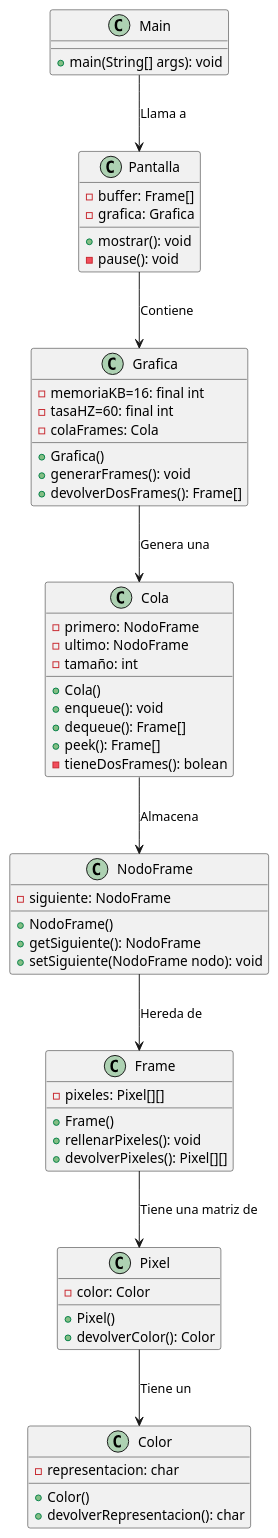
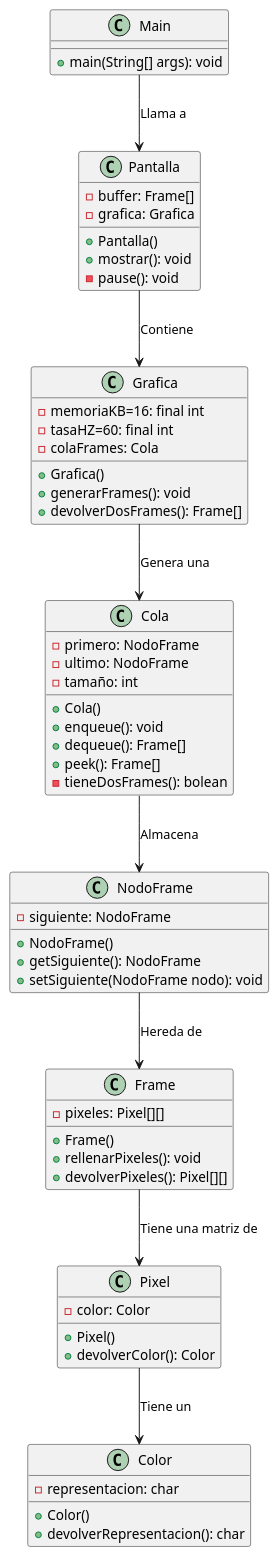
Before and after one commit to mmasias/24-25-EDA2: the diagram in entregas/lopezMartin/reto001/diagramas/diagramaEjercicio1/diagamaEjercicio1.puml, drawn with PlantUML. The commit also changed 10 other files, not shown here.

```diff
--- a/entregas/lopezMartin/reto001/diagramas/diagramaEjercicio1/diagamaEjercicio1.puml
+++ b/entregas/lopezMartin/reto001/diagramas/diagramaEjercicio1/diagamaEjercicio1.puml
@@ -1,68 +1,69 @@
 @startuml
 
 class Main{
     +main(String[] args): void
 }
 
 class Pantalla {
     -buffer: Frame[]
     -grafica: Grafica
+    +Pantalla()
     +mostrar(): void
     -pause(): void
 }
 
 class Grafica {
     -memoriaKB=16: final int
     -tasaHZ=60: final int
     -colaFrames: Cola
     +Grafica()
     +generarFrames(): void
     +devolverDosFrames(): Frame[]
 }
 
 class Cola {
     -primero: NodoFrame
     -ultimo: NodoFrame
     -tamaño: int
     +Cola()
     +enqueue(): void
     +dequeue(): Frame[]
     +peek(): Frame[]
     -tieneDosFrames(): bolean
 }
 
 class NodoFrame {
     -siguiente: NodoFrame
     +NodoFrame()
     +getSiguiente(): NodoFrame
     +setSiguiente(NodoFrame nodo): void
 }
 
 class Frame {
     -pixeles: Pixel[][]
     +Frame()
     +rellenarPixeles(): void
     +devolverPixeles(): Pixel[][]
 }
 
 class Pixel {
     -color: Color
     +Pixel()
     +devolverColor(): Color
 }
 
 class Color {
     -representacion: char
     +Color()
     +devolverRepresentacion(): char
 }
 
 Main --> Pantalla: "Llama a"
 Pantalla --> Grafica: "Contiene"
 Grafica --> Cola: "Genera una"
 Cola --> NodoFrame: "Almacena"
 NodoFrame --> Frame: "Hereda de"
 Frame --> Pixel: "Tiene una matriz de"
 Pixel --> Color: "Tiene un"
 
 @enduml
```
